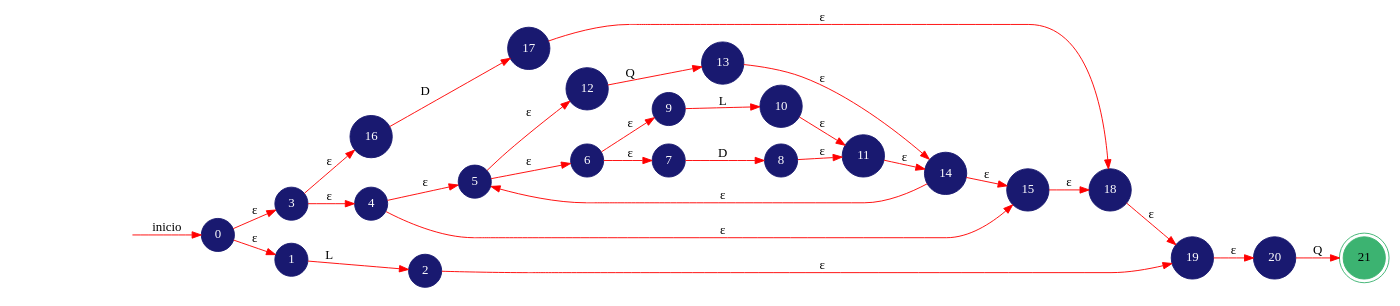
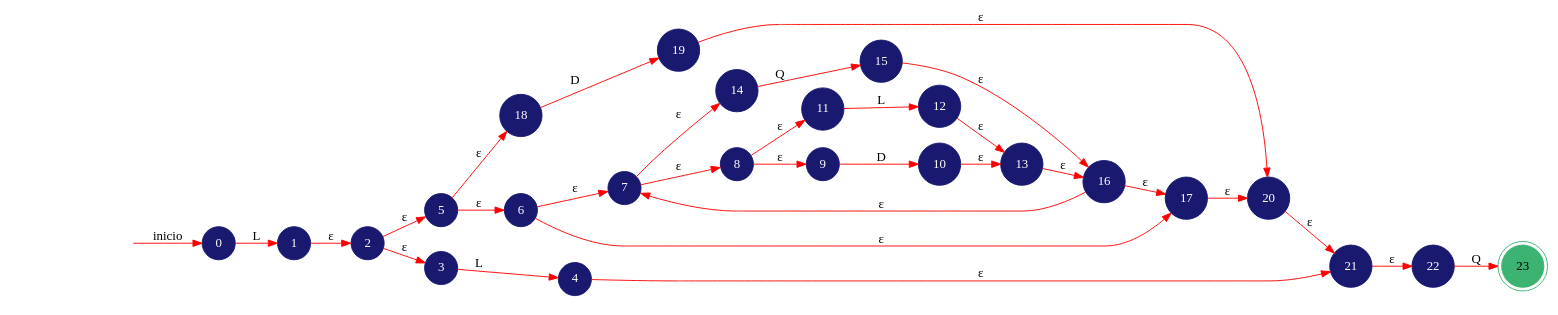
One commit to SergieArizandieta/OLC1-P1-202000119 changed the diagram in src/Imagenes/AFDN.dot. Above: the diagram before and after it, drawn with Graphviz. The commit also changed 5 other files, not shown here.

```diff
--- a/src/Imagenes/AFDN.dot
+++ b/src/Imagenes/AFDN.dot
@@ -1,36 +1,38 @@
 digraph AUTOMATA{
 	rankdir=LR;
-	node [shape=doublecircle, style = filled,color = mediumseagreen]; 21;
+	node [shape=doublecircle, style = filled,color = mediumseagreen]; 23;
 	node [shape=circle];
 	node [color=midnightblue,fontcolor=white];
 	edge [color=red];
 	secret_node [style=invis];
 	secret_node -> 0 [label="inicio"];
-	0 -> 3 [label="ε"];
-	0 -> 1 [label="ε"];
-	1 -> 2 [label="L"];
-	2 -> 19 [label="ε"];
-	3 -> 16 [label="ε"];
-	3 -> 4 [label="ε"];
-	4 -> 5 [label="ε"];
-	4 -> 15 [label="ε"];
-	5 -> 12 [label="ε"];
+	0 -> 1 [label="L"];
+	1 -> 2 [label="ε"];
+	2 -> 5 [label="ε"];
+	2 -> 3 [label="ε"];
+	3 -> 4 [label="L"];
+	4 -> 21 [label="ε"];
+	5 -> 18 [label="ε"];
 	5 -> 6 [label="ε"];
-	6 -> 9 [label="ε"];
 	6 -> 7 [label="ε"];
-	7 -> 8 [label="D"];
+	6 -> 17 [label="ε"];
+	7 -> 14 [label="ε"];
+	7 -> 8 [label="ε"];
 	8 -> 11 [label="ε"];
-	9 -> 10 [label="L"];
-	10 -> 11 [label="ε"];
-	11 -> 14 [label="ε"];
-	12 -> 13 [label="Q"];
-	13 -> 14 [label="ε"];
-	14 -> 5 [label="ε"];
-	14 -> 15 [label="ε"];
-	15 -> 18 [label="ε"];
-	16 -> 17 [label="D"];
-	17 -> 18 [label="ε"];
-	18 -> 19 [label="ε"];
+	8 -> 9 [label="ε"];
+	9 -> 10 [label="D"];
+	10 -> 13 [label="ε"];
+	11 -> 12 [label="L"];
+	12 -> 13 [label="ε"];
+	13 -> 16 [label="ε"];
+	14 -> 15 [label="Q"];
+	15 -> 16 [label="ε"];
+	16 -> 7 [label="ε"];
+	16 -> 17 [label="ε"];
+	17 -> 20 [label="ε"];
+	18 -> 19 [label="D"];
 	19 -> 20 [label="ε"];
-	20 -> 21 [label="Q"];
+	20 -> 21 [label="ε"];
+	21 -> 22 [label="ε"];
+	22 -> 23 [label="Q"];
 }
```
